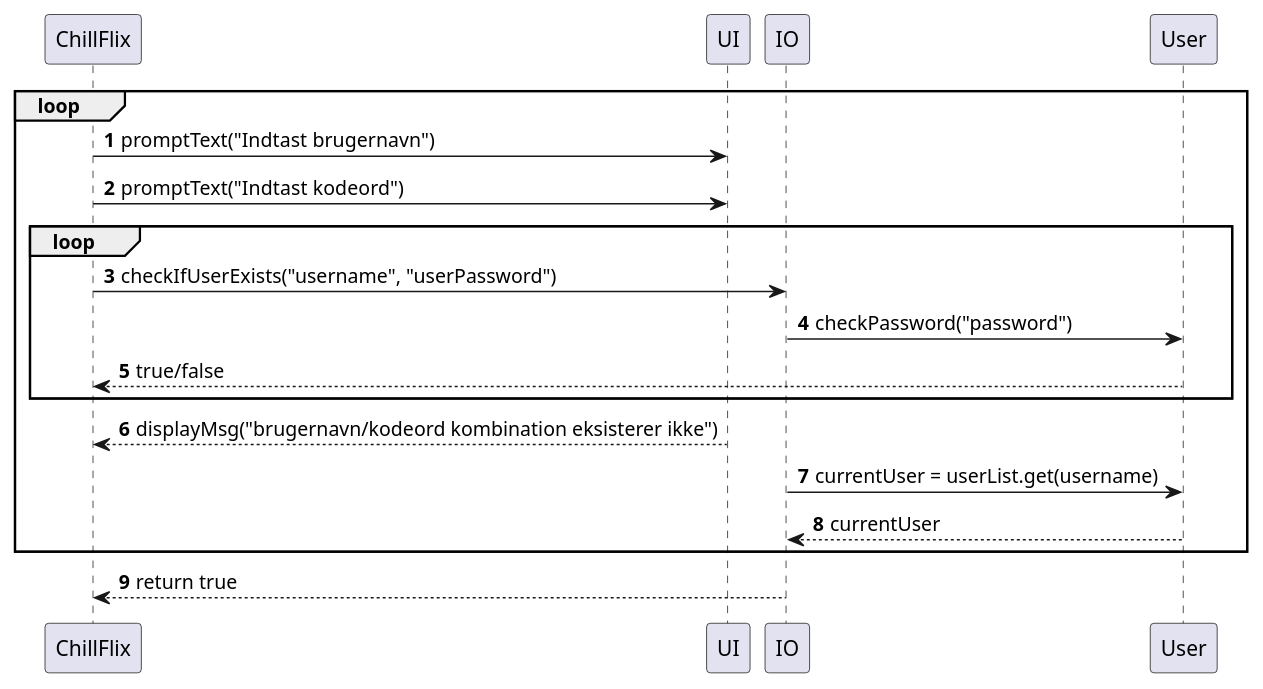
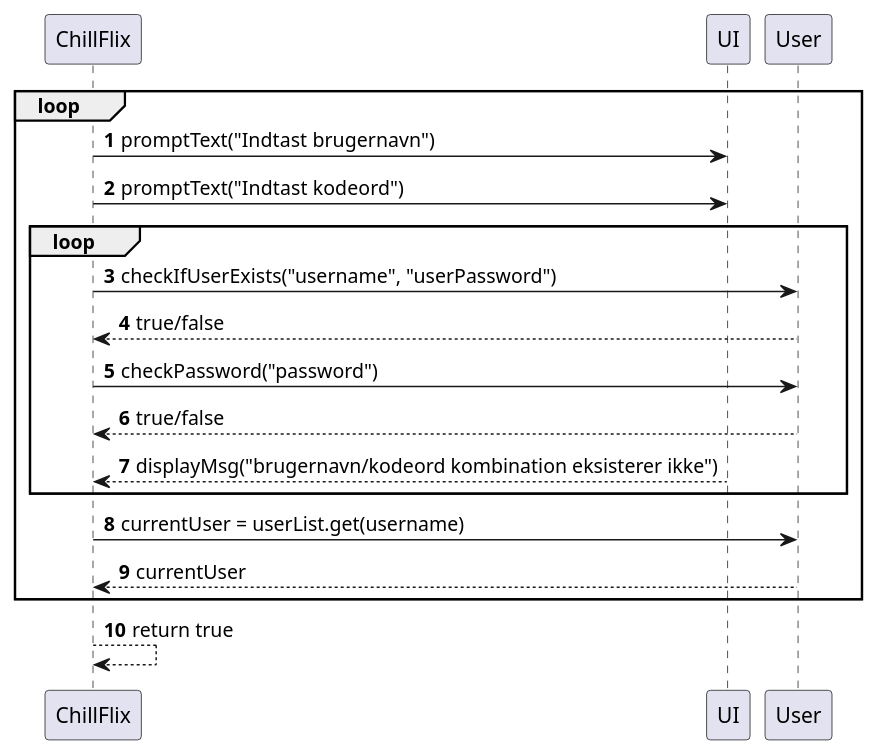
The diagram in docs/sequenceDiagramLoginDialog.puml (Falcho/SP3), drawn with PlantUML before and after one commit.

Commit message:
Opdaterede LoginDialogSequenceDiagram, fjernet participant IO, og rettet navne til

```diff
--- a/docs/sequenceDiagramLoginDialog.puml
+++ b/docs/sequenceDiagramLoginDialog.puml
@@ -1,26 +1,26 @@
 @startuml
 'https://plantuml.com/sequence-diagram
 
 autonumber
 
 participant ChillFlix
 participant UI
-participant IO
 participant User
 
 loop
 ChillFlix -> UI: promptText("Indtast brugernavn")
 ChillFlix -> UI: promptText("Indtast kodeord")
 loop
-ChillFlix -> IO: checkIfUserExists("username", "userPassword")
-IO -> User: checkPassword("password")
+ChillFlix -> User: checkIfUserExists("username", "userPassword")
 User --> ChillFlix: true/false
+ChillFlix -> User: checkPassword("password")
+User --> ChillFlix: true/false
+ChillFlix <-- UI: displayMsg("brugernavn/kodeord kombination eksisterer ikke")
 end
-ChillFlix <-- UI: displayMsg("brugernavn/kodeord kombination eksisterer ikke")
-IO -> User: currentUser = userList.get(username)
-IO <-- User: currentUser
+ChillFlix -> User: currentUser = userList.get(username)
+ChillFlix <-- User: currentUser
 end
-ChillFlix <-- IO: return true
+ChillFlix --> ChillFlix: return true
 
 
 @enduml
```
